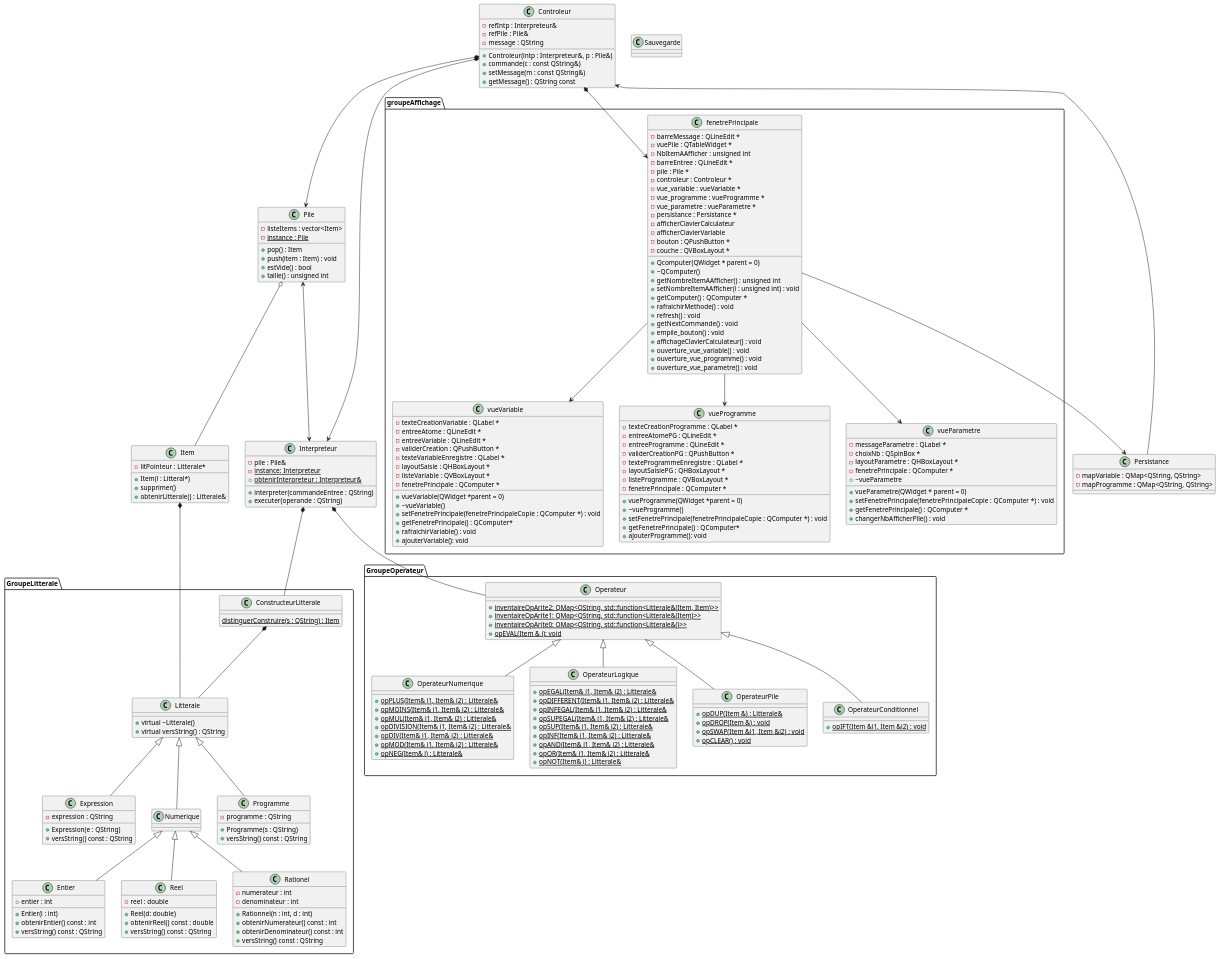
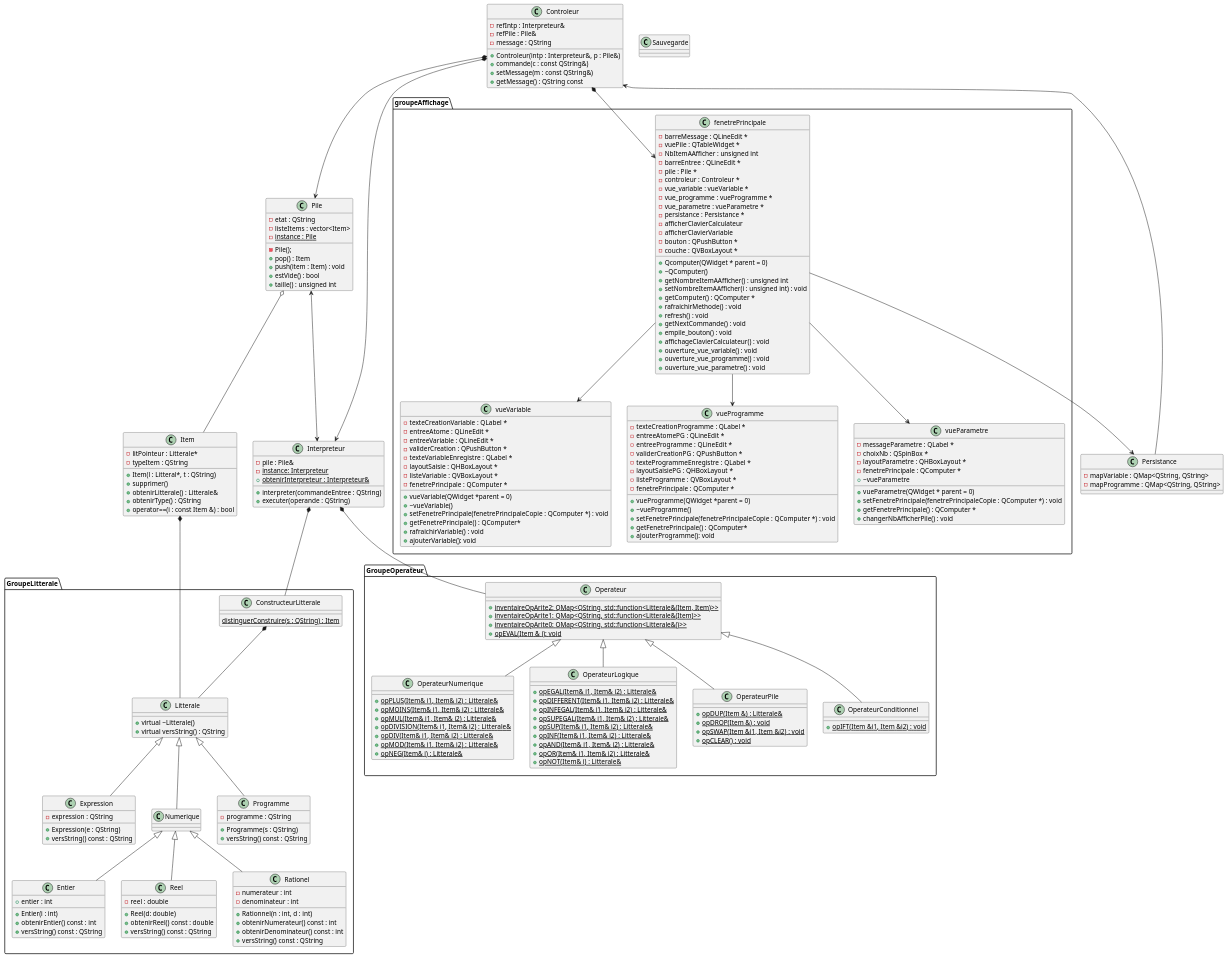
Before and after one commit to LouisJeanneau/LO21-Projet-CompUT: the diagram in UML_MAJ.puml, drawn with PlantUML. The commit also changed 1 other file, not shown here.

```diff
--- a/UML_MAJ.puml
+++ b/UML_MAJ.puml
@@ -57,9 +57,12 @@
 
 Class Item{
     -litPointeur : Litterale*
-    +Item(l : Litteral*)
+    -typeItem : QString
+    +Item(l : Litteral*, t : QString)
     +supprimer()
     +obtenirLitterale() : Litterale&
+    +obtenirType() : QString
+    +operator==(i : const Item &) : bool
 }
 
 package "GroupeOperateur" {
@@ -110,10 +113,20 @@
 
 }
 
+Class Interpreteur{
+    -pile : Pile&
+    -{static} instance: Interpreteur
+    +interpreter(commandeEntree : QString)
+    +executer(operande : QString)
+    +{static} obtenirInterpreteur : Interpreteur&
+}
+
 
 Class Pile{
+    -etat : QString
     -listeItems : vector<Item>
     -{static} instance : Pile
+    -Pile();
     +pop() : Item
     +push(item : Item) : void
     +estVide() : bool
@@ -123,13 +136,7 @@
 
 }
 
-Class Interpreteur{
-    -pile : Pile&
-    -{static} instance: Interpreteur
-    +interpreter(commandeEntree : QString)
-    +executer(operande : QString)
-    +{static} obtenirInterpreteur : Interpreteur&
-}
+
 
 Class Controleur{
     -refIntp : Interpreteur&
```
